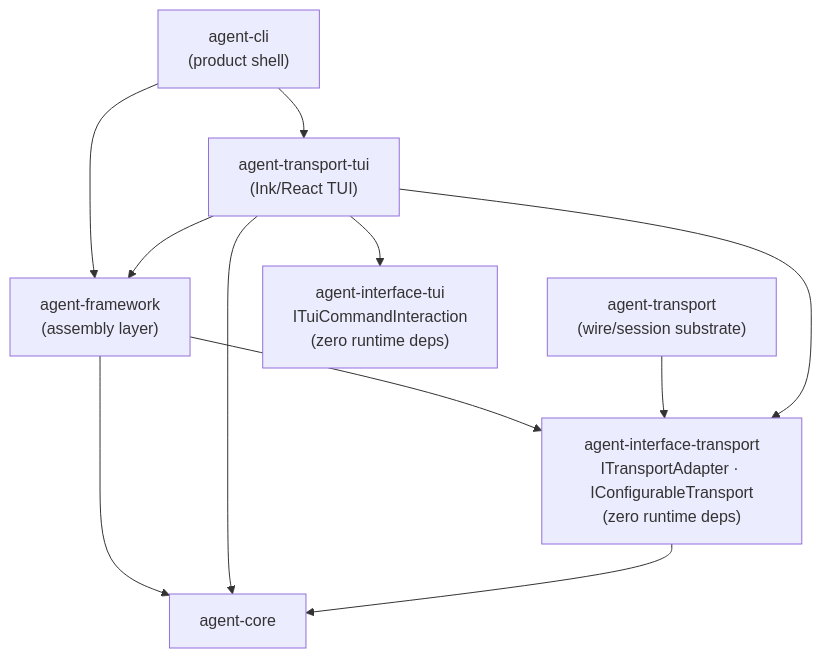
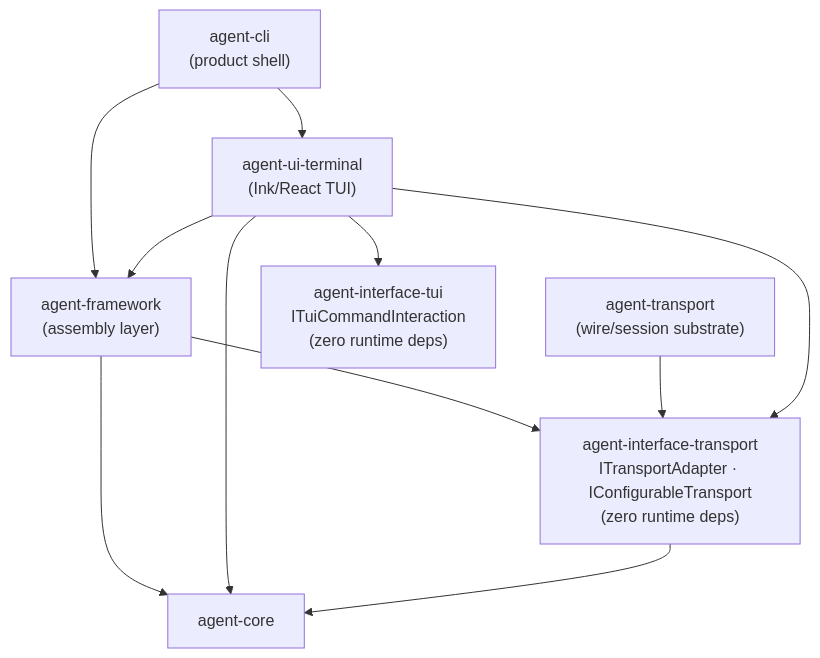
Before and after one commit to woojubb/robota: the diagram in .agents/specs/architecture-map/transport-architecture.md, drawn with Mermaid. The commit also changed other lines of this file and 425 other files, not shown here.

````diff
--- a/.agents/specs/architecture-map/transport-architecture.md
+++ b/.agents/specs/architecture-map/transport-architecture.md
@@ -47,21 +47,21 @@
 ```mermaid
 flowchart TD
   CLI["agent-cli\n(product shell)"]
   FW["agent-framework\n(assembly layer)"]
   Transport["agent-transport\n(wire/session substrate)"]
-  TransportTui["agent-transport-tui\n(Ink/React TUI)"]
+  TransportTui["agent-ui-terminal\n(Ink/React TUI)"]
   IfaceTransport["agent-interface-transport\nITransportAdapter · IConfigurableTransport\n(zero runtime deps)"]
   IfaceTui["agent-interface-tui\nITuiCommandInteraction\n(zero runtime deps)"]
   Core["agent-core"]
 
   CLI --> FW
   CLI --> TransportTui
   FW --> IfaceTransport
   FW --> Core
   Transport --> IfaceTransport
   TransportTui --> IfaceTransport
   TransportTui --> FW
   TransportTui --> Core
   TransportTui --> IfaceTui
   IfaceTransport --> Core
 ```
````
